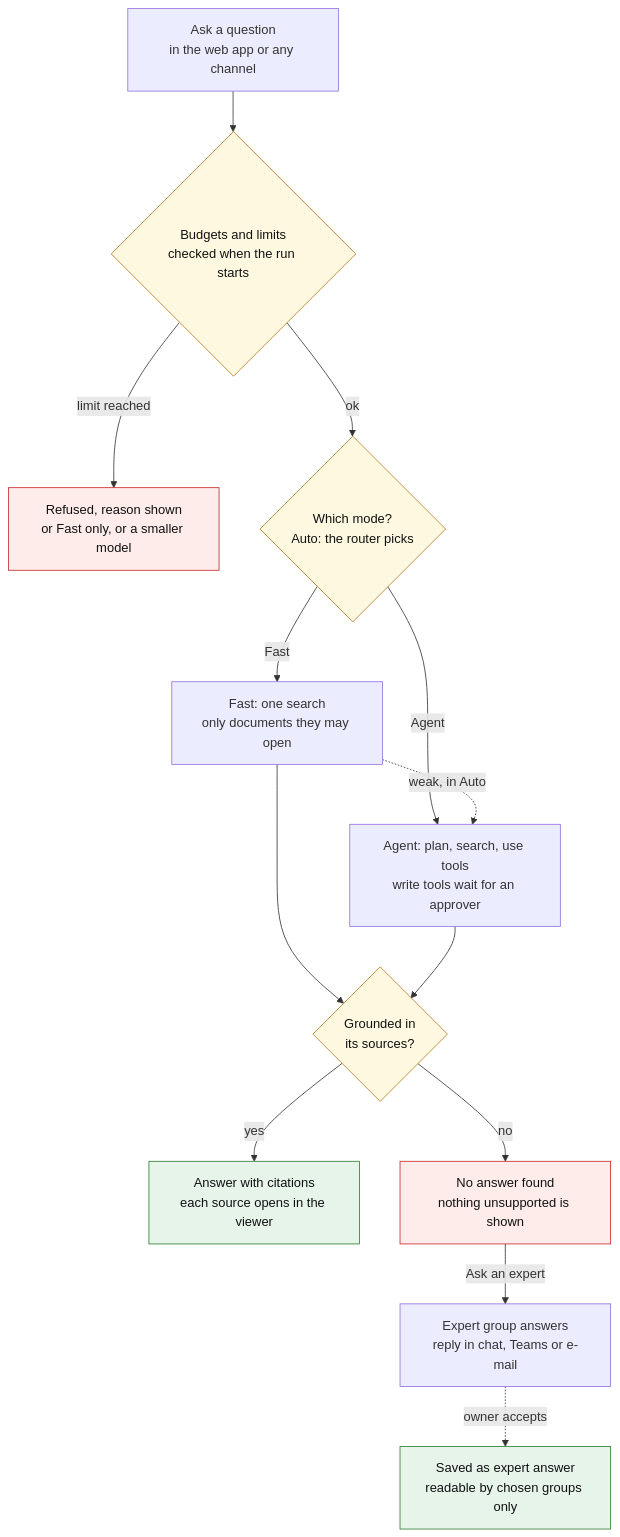
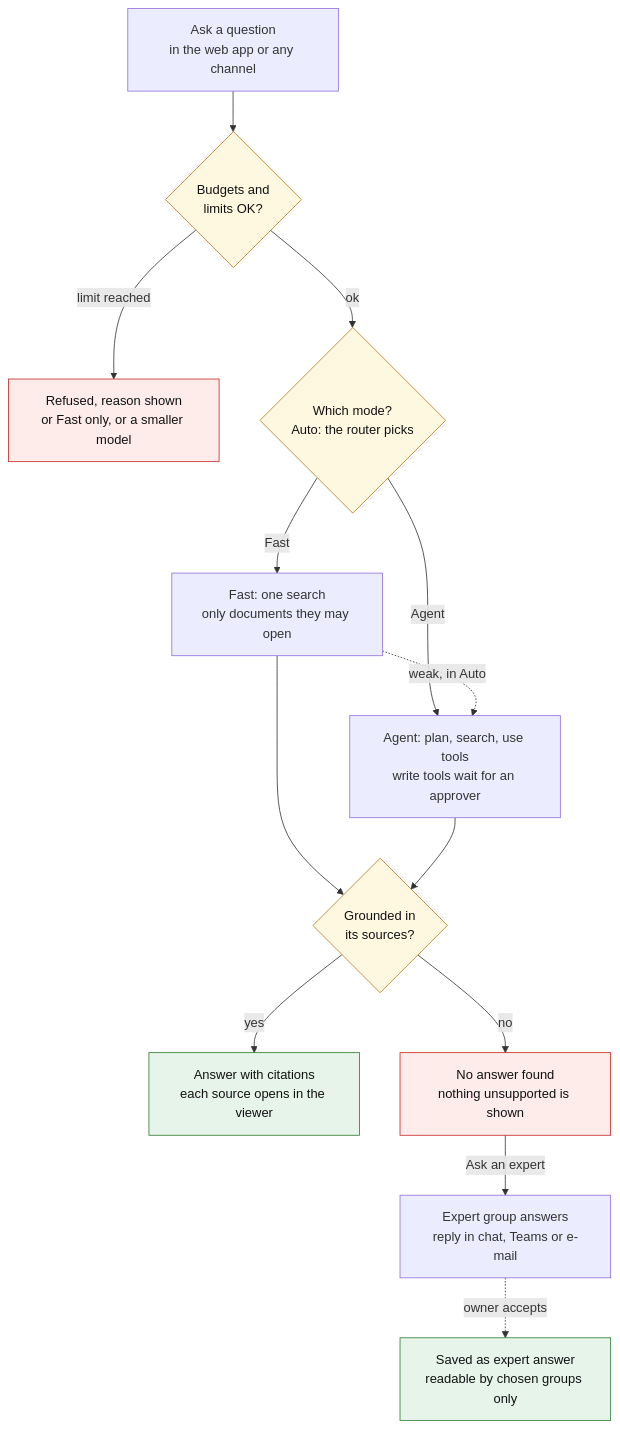
Before and after one commit to shturag/veyntora: the second of 9 diagrams in docs/user-flows.md, drawn with Mermaid. The commit also changed other lines of this file and 9 other files, not shown here.

First line of the commit message:
Docs: flowcharts as SVG images so they show in any Markdown viewer

````diff
--- a/docs/user-flows.md
+++ b/docs/user-flows.md
@@ -93,21 +104,21 @@
 ```mermaid
 flowchart TD
-    ask["Ask a question<br/>in the web app or any channel"] --> budget{"Budgets and limits<br/>checked when the run starts"}
+    ask["Ask a question<br/>in the web app or any channel"] --> budget{"Budgets and<br/>limits OK?"}
     budget -- "limit reached" --> refused["Refused, reason shown<br/>or Fast only, or a smaller model"]
     budget -- ok --> mode{"Which mode?<br/>Auto: the router picks"}
     mode -- Fast --> fast["Fast: one search<br/>only documents they may open"]
     mode -- Agent --> agent["Agent: plan, search, use tools<br/>write tools wait for an approver"]
     fast -. "weak, in Auto" .-> agent
     fast --> grounded{"Grounded in<br/>its sources?"}
     agent --> grounded
     grounded -- yes --> answer["Answer with citations<br/>each source opens in the viewer"]
     grounded -- no --> none["No answer found<br/>nothing unsupported is shown"]
     none -- "Ask an expert" --> expert["Expert group answers<br/>reply in chat, Teams or e-mail"]
     expert -. "owner accepts" .-> kb["Saved as expert answer<br/>readable by chosen groups only"]
     classDef good fill:#e6f4ea,stroke:#2e7d32,color:#111
     classDef stop fill:#fdecea,stroke:#c62828,color:#111
     classDef decision fill:#fff8e1,stroke:#b7791f,color:#111
     class answer,kb good
     class refused,none stop
     class budget,mode,grounded decision
 ```
````
